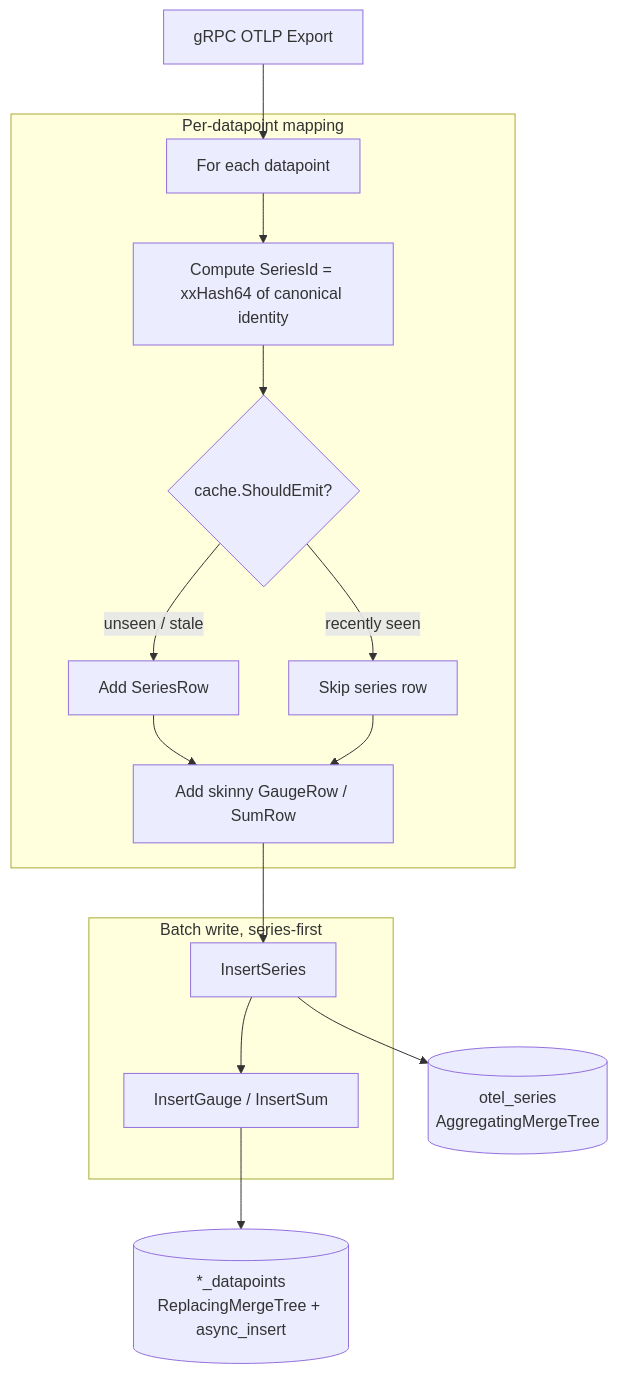
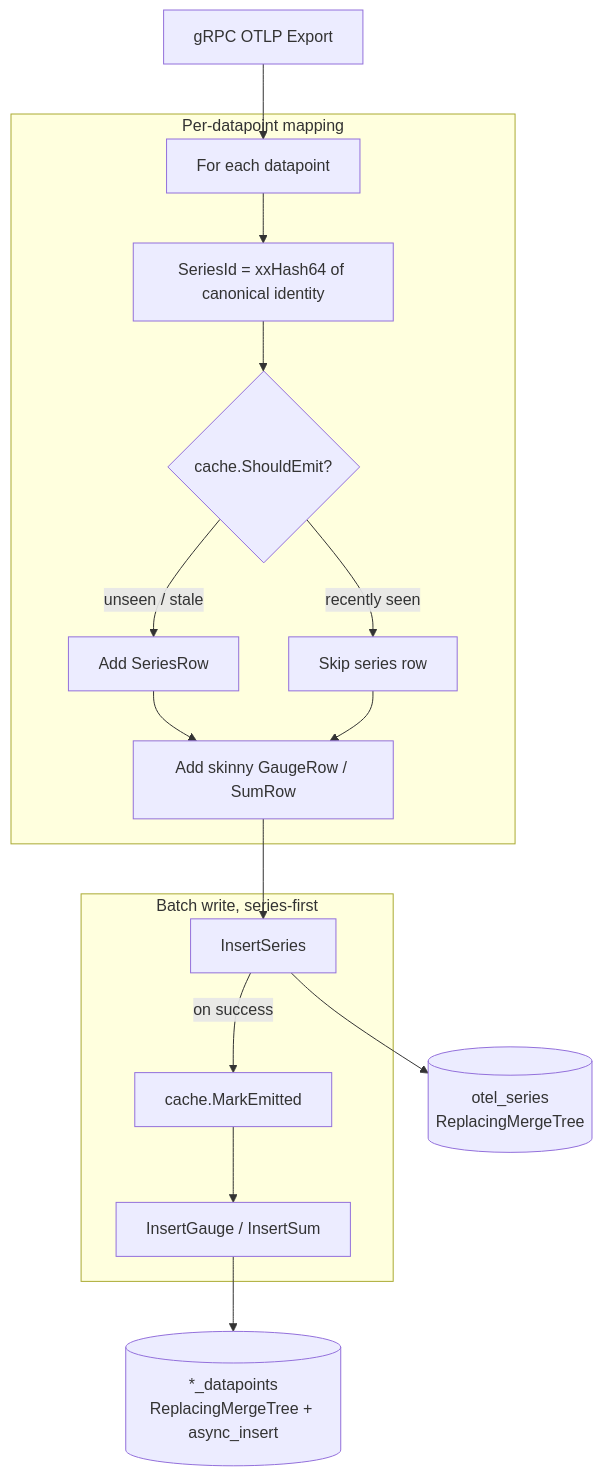
One commit to nestorsokil/otlp-metric-store-backend-go changed the diagram in specs/001-series-datapoint-split/2-design.md. Above: the diagram before and after it, drawn with Mermaid. The commit also changed other lines of this file and 4 other files, not shown here.

Commit message:
Length-prefix the SeriesId encoding, split the cache into ShouldEmit/MarkEmitted, and DISTINCT the series subquery.

````diff
--- a/specs/001-series-datapoint-split/2-design.md
+++ b/specs/001-series-datapoint-split/2-design.md
@@ -123,22 +139,23 @@
 ```mermaid
 flowchart TD
     Req[gRPC OTLP Export] --> Loop
 
     subgraph Map[Per-datapoint mapping]
-        Loop[For each datapoint] --> Hash[Compute SeriesId = xxHash64 of canonical identity]
+        Loop[For each datapoint] --> Hash[SeriesId = xxHash64 of canonical identity]
         Hash --> Gate{cache.ShouldEmit?}
         Gate -- unseen / stale --> Emit[Add SeriesRow]
         Gate -- recently seen --> Dedup[Skip series row]
         Emit --> DP[Add skinny GaugeRow / SumRow]
         Dedup --> DP
     end
 
     DP --> Series
 
     subgraph Write[Batch write, series-first]
-        Series[InsertSeries] --> Points[InsertGauge / InsertSum]
+        Series[InsertSeries] -->|on success| Mark[cache.MarkEmitted]
+        Mark --> Points[InsertGauge / InsertSum]
     end
 
-    Series --> CHs[(otel_series<br>AggregatingMergeTree)]
+    Series --> CHs[(otel_series<br>ReplacingMergeTree)]
     Points --> CHp[(*_datapoints<br>ReplacingMergeTree + async_insert)]
 ```
````
